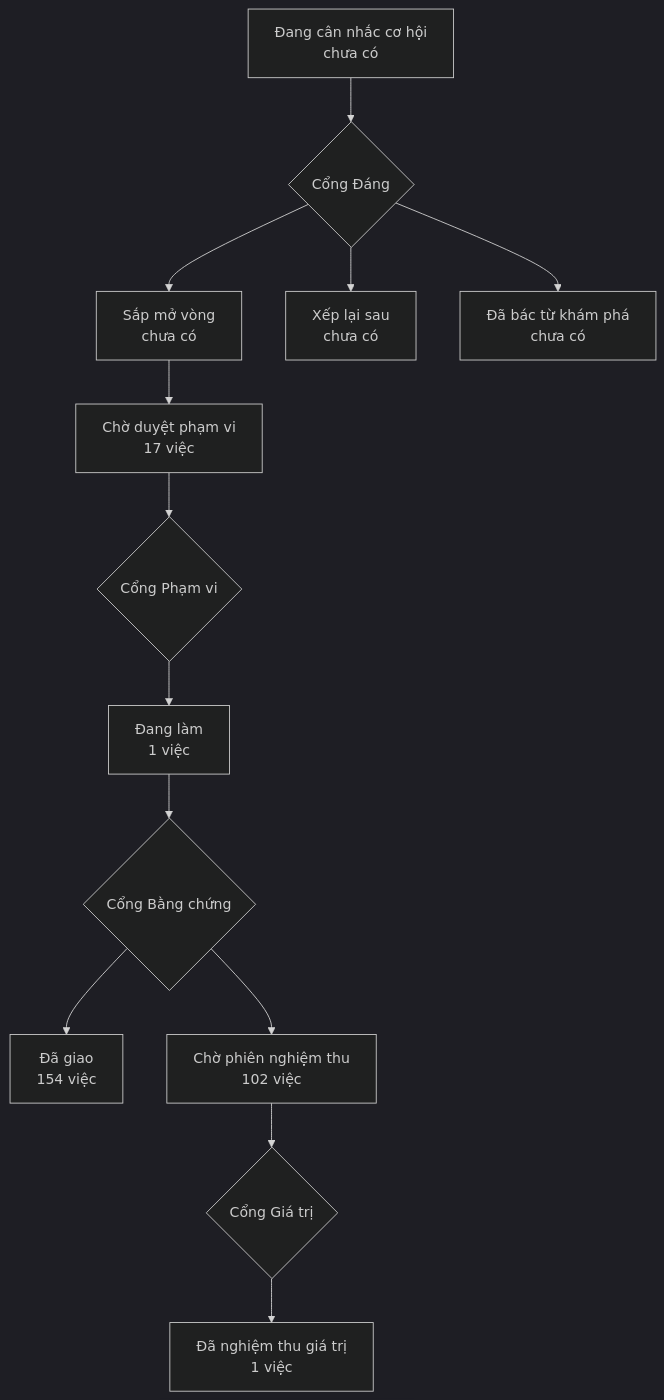
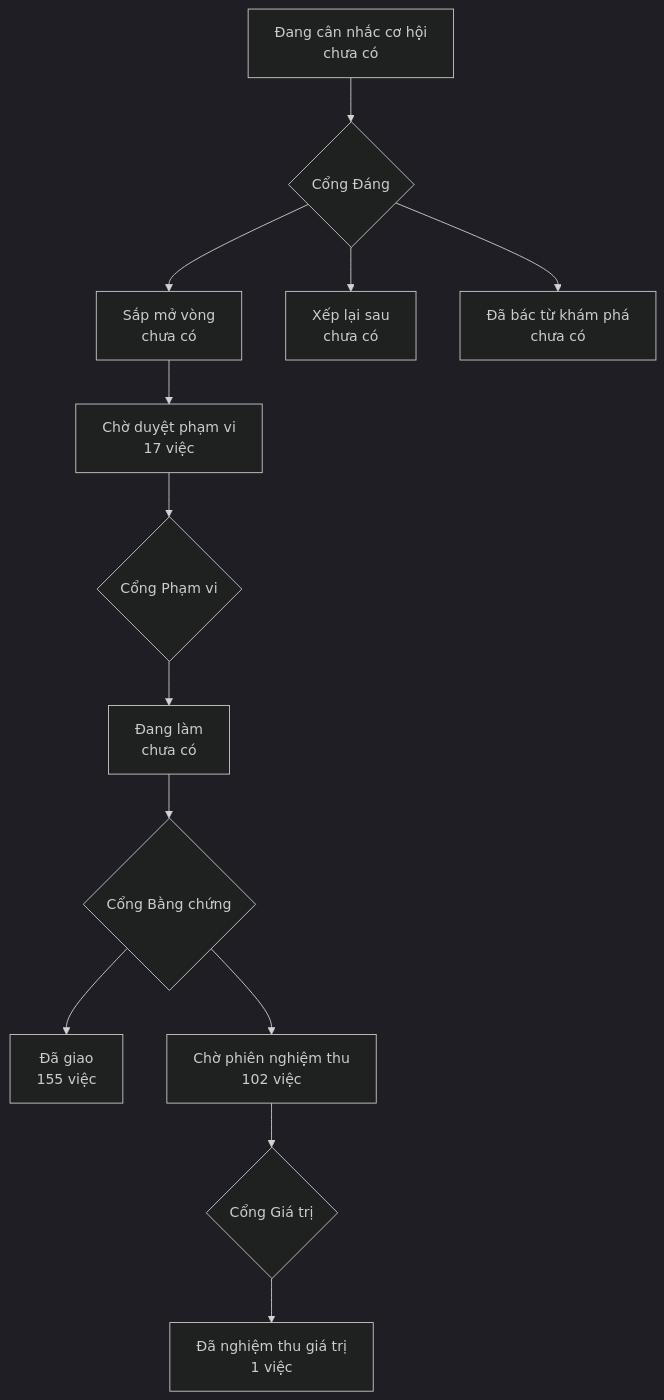
The diagram in PRODUCT-MAP.md (phanlemanh/onehub-invest), drawn with Mermaid (dark theme) before and after one commit. The commit also changed other lines of this file and 4 other files, not shown here.

````diff
--- a/PRODUCT-MAP.md
+++ b/PRODUCT-MAP.md
@@ -7,12 +7,12 @@
 ```mermaid
 flowchart TD
   A["Đang cân nhắc cơ hội<br/>chưa có"] --> GD{"Cổng Đáng"}
   GD --> B["Sắp mở vòng<br/>chưa có"]
   GD --> XL["Xếp lại sau<br/>chưa có"]
   GD --> DB["Đã bác từ khám phá<br/>chưa có"]
   B --> CD["Chờ duyệt phạm vi<br/>17 việc"] --> GP{"Cổng Phạm vi"}
-  GP --> DL["Đang làm<br/>1 việc"] --> GB{"Cổng Bằng chứng"}
-  GB --> DG["Đã giao<br/>154 việc"]
+  GP --> DL["Đang làm<br/>chưa có"] --> GB{"Cổng Bằng chứng"}
+  GB --> DG["Đã giao<br/>155 việc"]
   GB --> CN["Chờ phiên nghiệm thu<br/>102 việc"] --> GG{"Cổng Giá trị"}
   GG --> NT["Đã nghiệm thu giá trị<br/>1 việc"]
 ```
````
